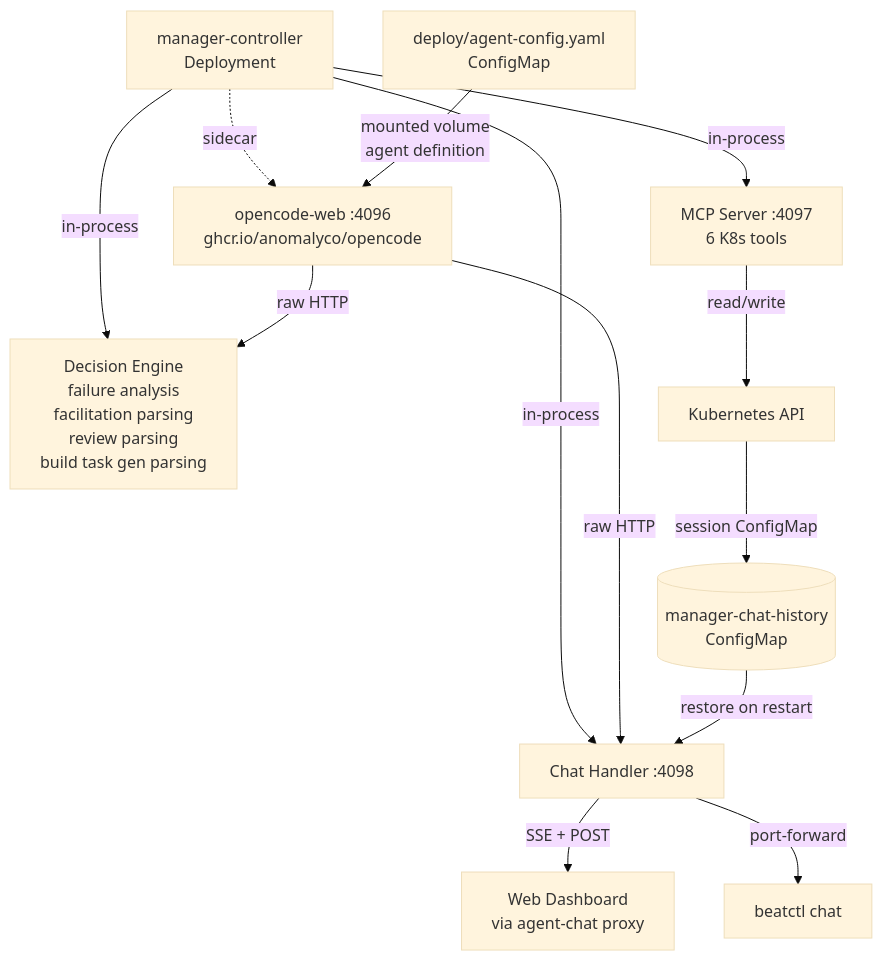
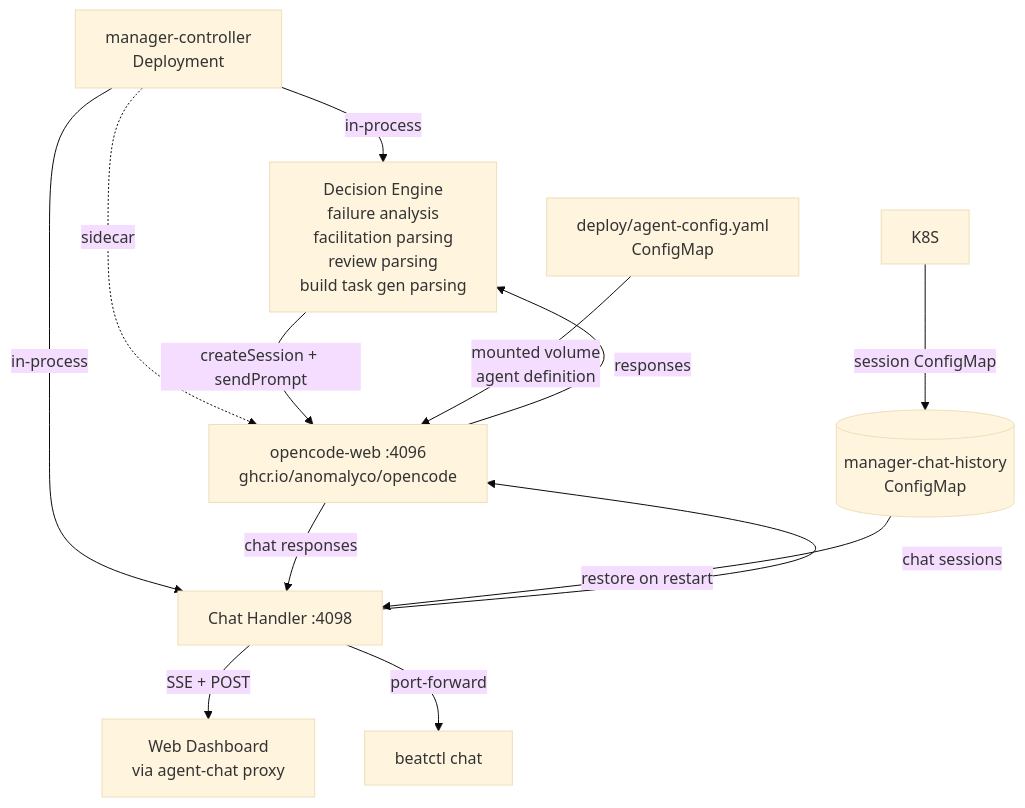
One commit to erkkaha/percussionist changed the fourth of 6 diagrams in README.md. Above: the diagram before and after it, drawn with Mermaid (base theme). The commit also changed other lines of this file and 4 other files, not shown here.

````diff
--- a/README.md
+++ b/README.md
@@ -308,22 +308,22 @@
 ```mermaid
 flowchart TD
     MGR[manager-controller\nDeployment]
 
     MGR -->|in-process| DEC[Decision Engine\nfailure analysis\nfacilitation parsing\nreview parsing\nbuild task gen parsing]
-    MGR -->|in-process| MCP[MCP Server :4097\n6 K8s tools]
     MGR -->|in-process| CHAT[Chat Handler :4098]
 
     MGR -.->|sidecar| SIDECAR[opencode-web :4096\nghcr.io/anomalyco/opencode]
 
-    SIDECAR -->|raw HTTP| CHAT
-    SIDECAR -->|raw HTTP| DEC
+    DEC -->|createSession + sendPrompt| SIDECAR
+    SIDECAR -->|responses| DEC
+    CHAT -->|chat sessions| SIDECAR
+    SIDECAR -->|chat responses| CHAT
 
-    MCP -->|read/write| K8S[Kubernetes API]
     CHAT -->|SSE + POST| WEB[Web Dashboard\nvia agent-chat proxy]
     CHAT -->|port-forward| CLI[beatctl chat]
 
     K8S -->|session ConfigMap| CM[(manager-chat-history\nConfigMap)]
     CM -->|restore on restart| CHAT
 
     AGCFG[deploy/agent-config.yaml\nConfigMap] -->|mounted volume\nagent definition| SIDECAR
 ```
````
